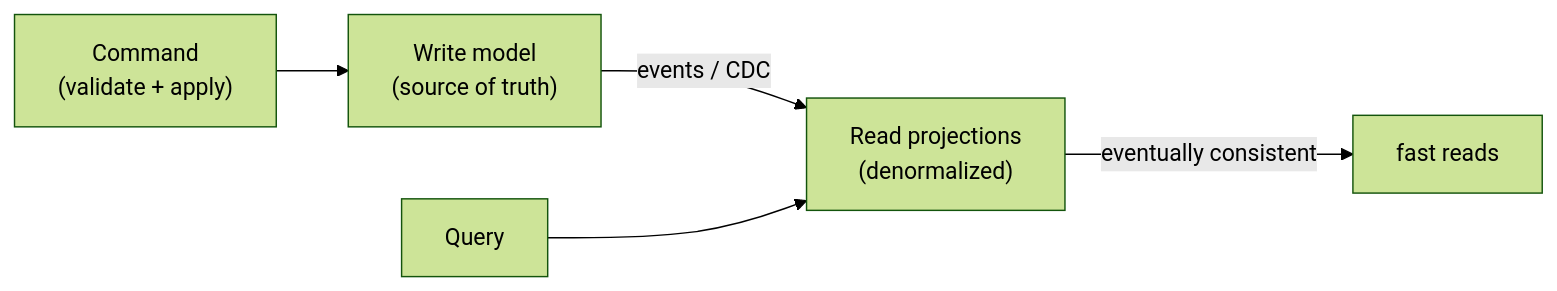
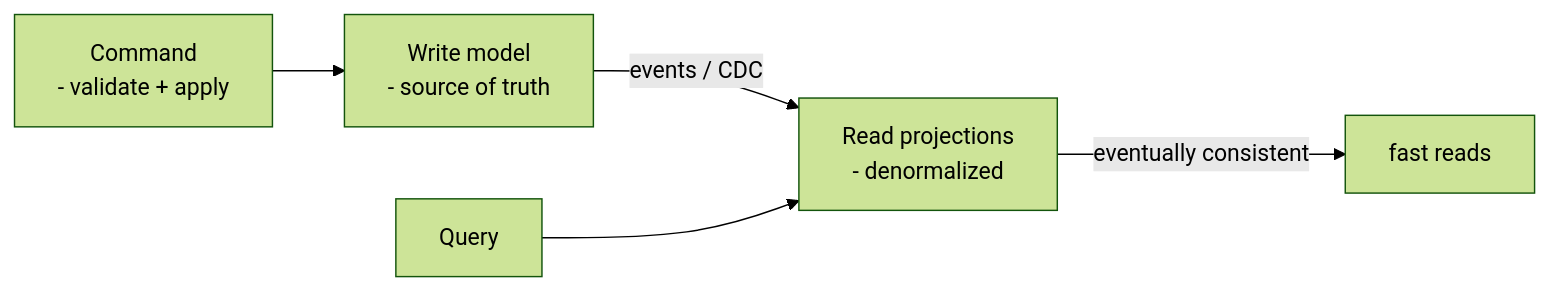
One commit to RIT-MESH/system-design-mastery changed the first of 2 diagrams in docs/05-architecture-patterns/02-cqrs-es-outbox.md. Above: the diagram before and after it, drawn with Mermaid (forest theme). The commit also changed 139 other files, not shown here.

First line of the commit message:
Fix Mermaid parse errors: replace parentheses in node labels across 140 files

````diff
--- a/docs/05-architecture-patterns/02-cqrs-es-outbox.md
+++ b/docs/05-architecture-patterns/02-cqrs-es-outbox.md
@@ -18,8 +18,8 @@
 ```mermaid
 %% created-for: system-design-mastery
 flowchart LR
-  Cmd["Command<br/>(validate + apply)"] --> Write["Write model<br/>(source of truth)"]
-  Write --"events / CDC"--> Proj["Read projections<br/>(denormalized)"]
+  Cmd["Command<br/> - validate + apply"] --> Write["Write model<br/> - source of truth"]
+  Write --"events / CDC"--> Proj["Read projections<br/> - denormalized"]
   Query["Query"] --> Proj
   Proj --"eventually consistent"--> Read["fast reads"]
 ```
````
